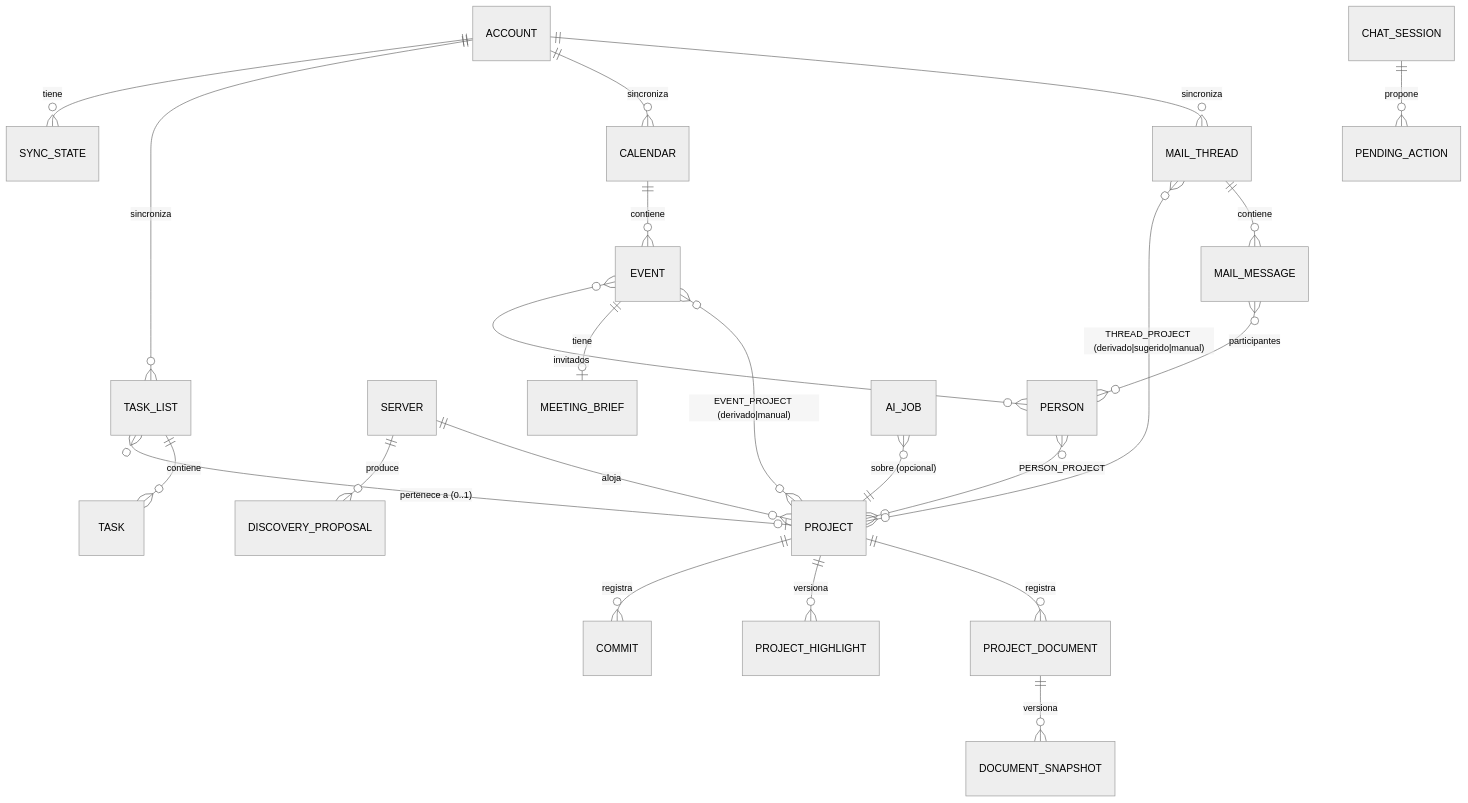
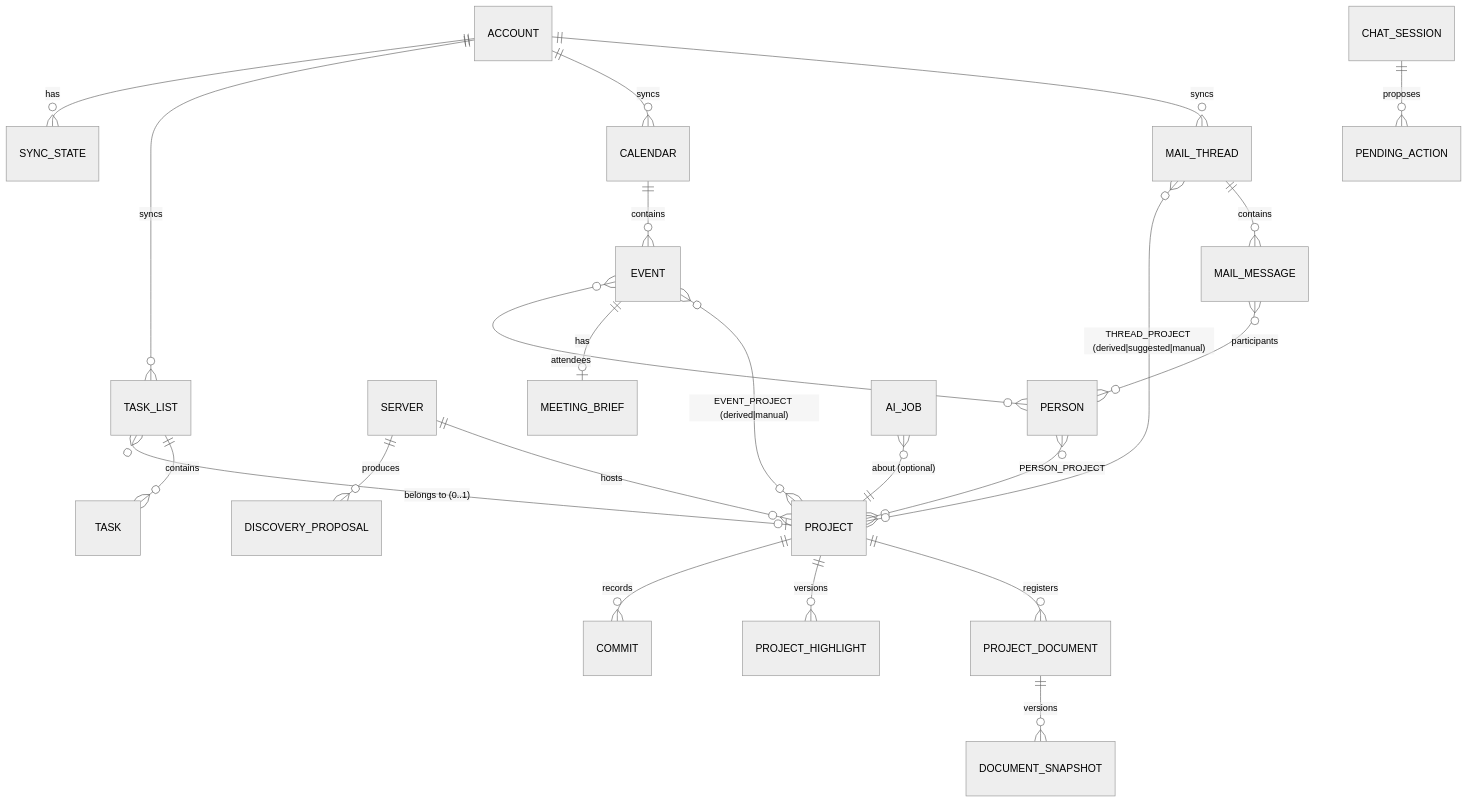
The ninth of 9 diagrams in docs/architecture.md (srovere/jarvis), drawn with Mermaid (neutral theme) before and after one commit. The commit also changed other lines of this file and 68 other files, not shown here.

````diff
--- a/docs/architecture.md
+++ b/docs/architecture.md
@@ -301,25 +301,25 @@
 ```mermaid
 erDiagram
-  ACCOUNT ||--o{ MAIL_THREAD : sincroniza
-  ACCOUNT ||--o{ CALENDAR : sincroniza
-  ACCOUNT ||--o{ TASK_LIST : sincroniza
-  ACCOUNT ||--o{ SYNC_STATE : tiene
-  MAIL_THREAD ||--o{ MAIL_MESSAGE : contiene
-  CALENDAR ||--o{ EVENT : contiene
-  TASK_LIST ||--o{ TASK : contiene
-  TASK_LIST }o--o| PROJECT : "pertenece a (0..1)"
-  SERVER ||--o{ PROJECT : aloja
-  SERVER ||--o{ DISCOVERY_PROPOSAL : produce
-  PROJECT ||--o{ PROJECT_DOCUMENT : registra
-  PROJECT_DOCUMENT ||--o{ DOCUMENT_SNAPSHOT : versiona
-  PROJECT ||--o{ PROJECT_HIGHLIGHT : versiona
-  PROJECT ||--o{ COMMIT : registra
+  ACCOUNT ||--o{ MAIL_THREAD : syncs
+  ACCOUNT ||--o{ CALENDAR : syncs
+  ACCOUNT ||--o{ TASK_LIST : syncs
+  ACCOUNT ||--o{ SYNC_STATE : has
+  MAIL_THREAD ||--o{ MAIL_MESSAGE : contains
+  CALENDAR ||--o{ EVENT : contains
+  TASK_LIST ||--o{ TASK : contains
+  TASK_LIST }o--o| PROJECT : "belongs to (0..1)"
+  SERVER ||--o{ PROJECT : hosts
+  SERVER ||--o{ DISCOVERY_PROPOSAL : produces
+  PROJECT ||--o{ PROJECT_DOCUMENT : registers
+  PROJECT_DOCUMENT ||--o{ DOCUMENT_SNAPSHOT : versions
+  PROJECT ||--o{ PROJECT_HIGHLIGHT : versions
+  PROJECT ||--o{ COMMIT : records
   PERSON }o--o{ PROJECT : "PERSON_PROJECT"
-  MAIL_THREAD }o--o{ PROJECT : "THREAD_PROJECT (derivado|sugerido|manual)"
-  EVENT }o--o{ PROJECT : "EVENT_PROJECT (derivado|manual)"
-  EVENT ||--o| MEETING_BRIEF : tiene
-  MAIL_MESSAGE }o--o{ PERSON : participantes
-  EVENT }o--o{ PERSON : invitados
-  CHAT_SESSION ||--o{ PENDING_ACTION : propone
-  AI_JOB }o--|| PROJECT : "sobre (opcional)"
+  MAIL_THREAD }o--o{ PROJECT : "THREAD_PROJECT (derived|suggested|manual)"
+  EVENT }o--o{ PROJECT : "EVENT_PROJECT (derived|manual)"
+  EVENT ||--o| MEETING_BRIEF : has
+  MAIL_MESSAGE }o--o{ PERSON : participants
+  EVENT }o--o{ PERSON : attendees
+  CHAT_SESSION ||--o{ PENDING_ACTION : proposes
+  AI_JOB }o--|| PROJECT : "about (optional)"
 ```
````
